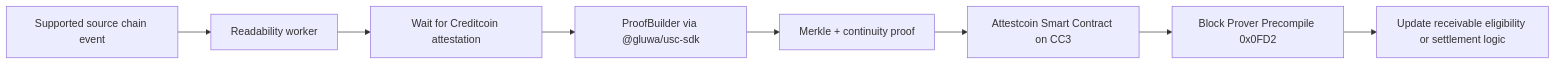
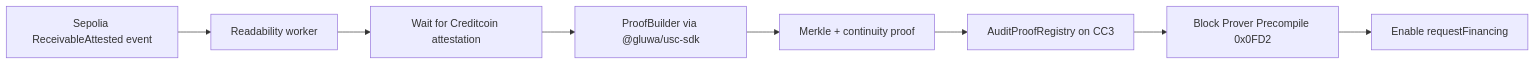
One commit to skymiss18/supplychain changed the second of 3 diagrams in README.md. Above: the diagram before and after it, drawn with Mermaid. The commit also changed other lines of this file, not shown here.

````diff
--- a/README.md
+++ b/README.md
@@ -144,10 +150,10 @@
 ```mermaid
 flowchart LR
-    SOURCE[Supported source chain event] --> WORKER[Readability worker]
+    SOURCE[Sepolia ReceivableAttested event] --> WORKER[Readability worker]
     WORKER --> WAIT[Wait for Creditcoin attestation]
     WAIT --> SDK[ProofBuilder via @gluwa/usc-sdk]
     SDK --> PROOF[Merkle + continuity proof]
-    PROOF --> ASC[Attestcoin Smart Contract on CC3]
+    PROOF --> ASC[AuditProofRegistry on CC3]
     ASC --> PRECOMPILE[Block Prover Precompile 0x0FD2]
-    PRECOMPILE --> LOGIC[Update receivable eligibility or settlement logic]
+    PRECOMPILE --> GATE[Enable requestFinancing]
 ```
````
